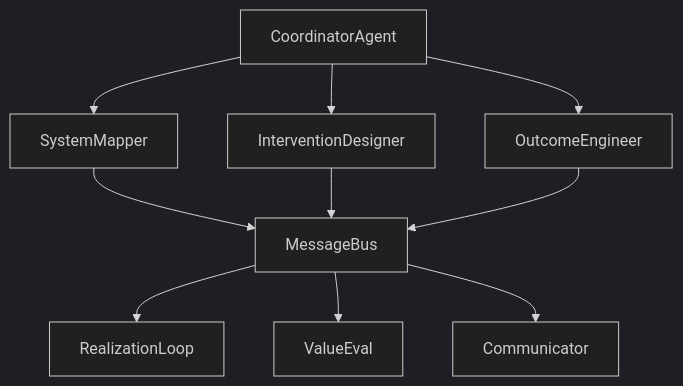
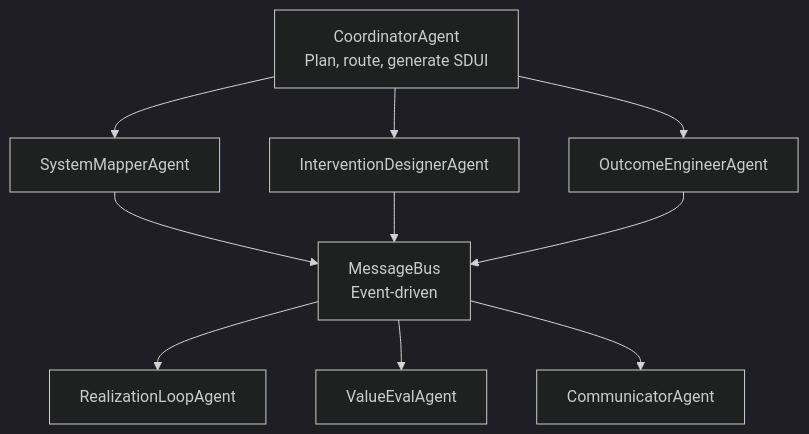
One commit to bmsull560/ValueCanvas changed the second of 12 diagrams in docs/architecture/ARCHITECTURE_DIAGRAMS.md. Above: the diagram before and after it, drawn with Mermaid (dark theme). The commit also changed other lines of this file, not shown here.

Commit message:
Convert architecture docs to Mermaid diagrams

````diff
--- a/docs/architecture/ARCHITECTURE_DIAGRAMS.md
+++ b/docs/architecture/ARCHITECTURE_DIAGRAMS.md
@@ -406,12 +30,14 @@
 ```mermaid
 graph TD
-    A[CoordinatorAgent] --> B[SystemMapper]
-    A --> C[InterventionDesigner]
-    A --> D[OutcomeEngineer]
-    B --> E[MessageBus]
-    C --> E
-    D --> E
-    E --> F[RealizationLoop]
-    E --> G[ValueEval]
-    E --> H[Communicator]
+    COORD[CoordinatorAgent\nPlan, route, generate SDUI] --> MAP[SystemMapperAgent]
+    COORD --> DESIGN[InterventionDesignerAgent]
+    COORD --> OUTCOME[OutcomeEngineerAgent]
+
+    MAP --> BUS[MessageBus\nEvent-driven]
+    DESIGN --> BUS
+    OUTCOME --> BUS
+
+    BUS --> REALIZE[RealizationLoopAgent]
+    BUS --> VALUE[ValueEvalAgent]
+    BUS --> COMM[CommunicatorAgent]
 ```
````
